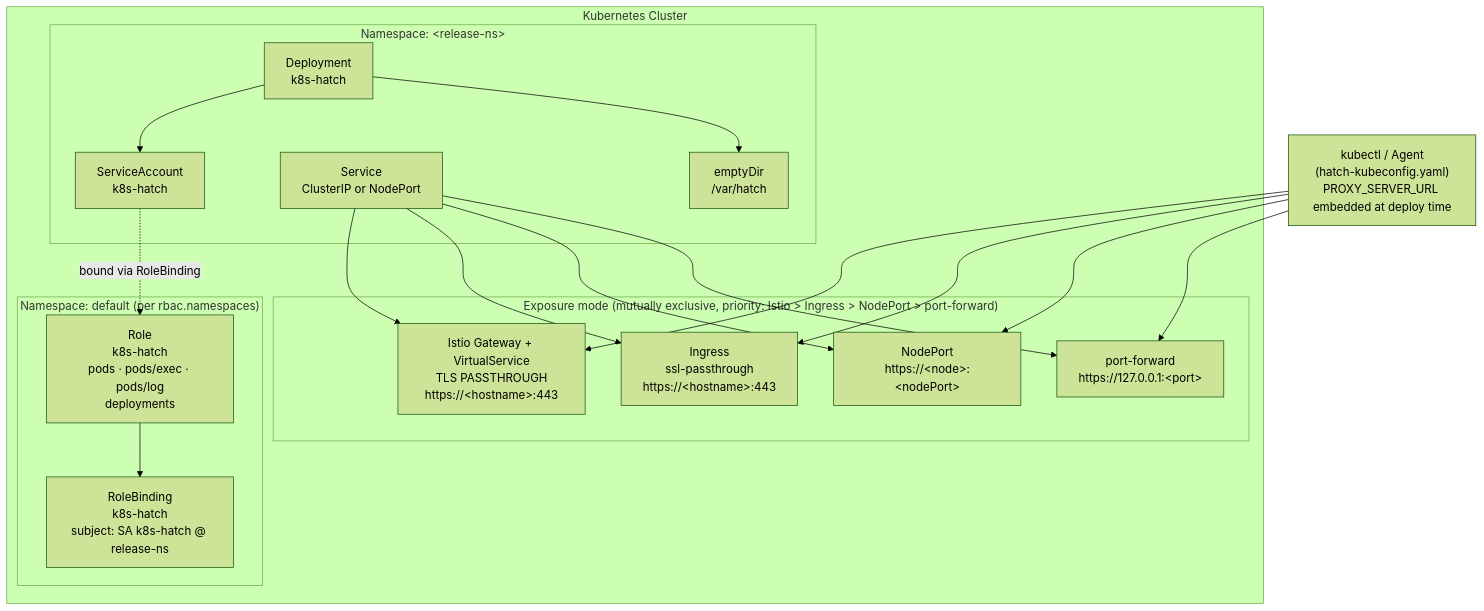
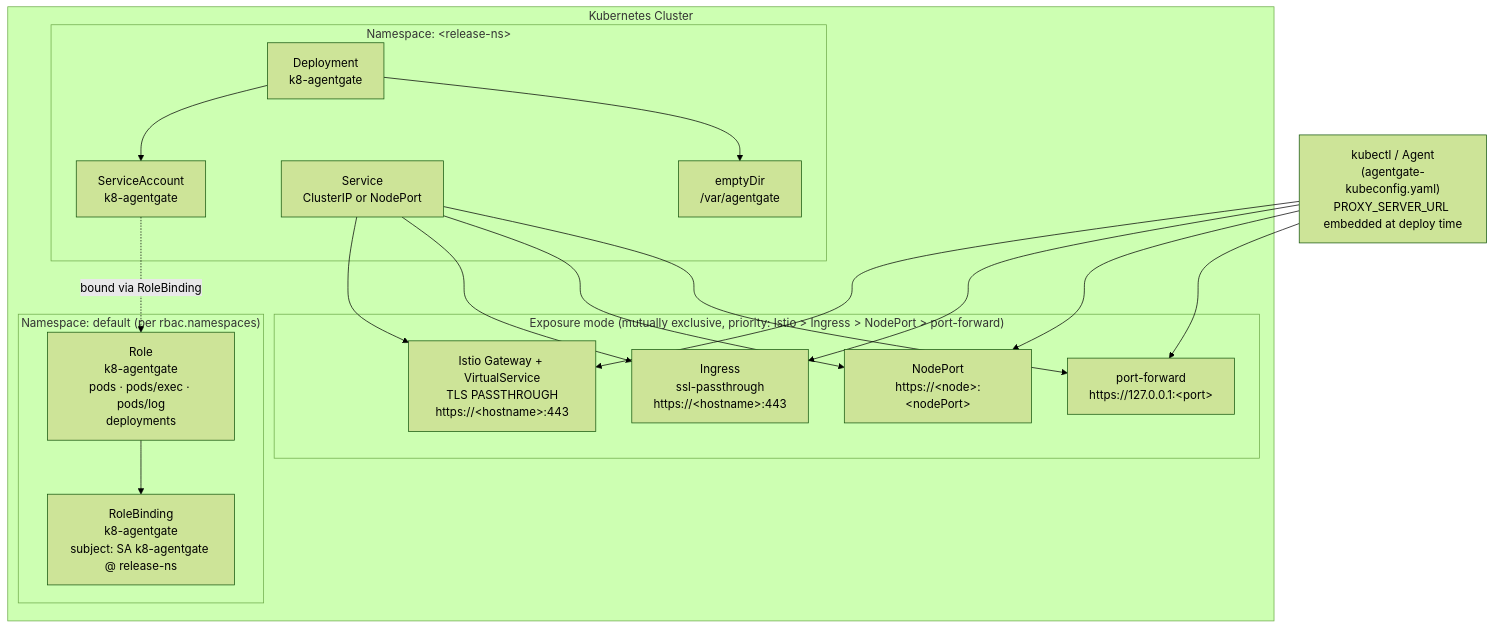
Before and after one commit to avinashpenmetsa/k8s-agentgate: the fourth of 4 diagrams in ARCHITECTURE.md, drawn with Mermaid (forest theme). The commit also changed other lines of this file and 20 other files, not shown here.

````diff
--- a/ARCHITECTURE.md
+++ b/ARCHITECTURE.md
@@ -110,33 +110,33 @@
 ```mermaid
 graph TB
     subgraph cluster["Kubernetes Cluster"]
         subgraph release["Namespace: &lt;release-ns&gt;"]
-            sa["ServiceAccount\nk8s-hatch"]
-            deploy["Deployment\nk8s-hatch"]
+            sa["ServiceAccount\nk8-agentgate"]
+            deploy["Deployment\nk8-agentgate"]
             svc["Service\nClusterIP or NodePort"]
-            vol["emptyDir\n/var/hatch"]
+            vol["emptyDir\n/var/agentgate"]
             deploy --> vol
             deploy --> sa
         end
 
         subgraph target["Namespace: default  (per rbac.namespaces)"]
-            role["Role\nk8s-hatch\npods · pods/exec · pods/log\ndeployments"]
-            rb["RoleBinding\nk8s-hatch\nsubject: SA k8s-hatch @ release-ns"]
+            role["Role\nk8-agentgate\npods · pods/exec · pods/log\ndeployments"]
+            rb["RoleBinding\nk8-agentgate\nsubject: SA k8-agentgate @ release-ns"]
             role --> rb
         end
 
         sa -.->|bound via RoleBinding| role
 
         subgraph expose["Exposure mode (mutually exclusive, priority: Istio > Ingress > NodePort > port-forward)"]
             pf["port-forward\nhttps://127.0.0.1:&lt;port&gt;"]
             np["NodePort\nhttps://&lt;node&gt;:&lt;nodePort&gt;"]
             ing["Ingress\nssl-passthrough\nhttps://&lt;hostname&gt;:443"]
             gw["Istio Gateway + VirtualService\nTLS PASSTHROUGH\nhttps://&lt;hostname&gt;:443"]
         end
 
         svc --> pf & np & ing & gw
     end
 
-    client["kubectl / Agent\n(hatch-kubeconfig.yaml)\nPROXY_SERVER_URL embedded at deploy time"]
+    client["kubectl / Agent\n(agentgate-kubeconfig.yaml)\nPROXY_SERVER_URL embedded at deploy time"]
     client --> pf & np & ing & gw
 ```
````
